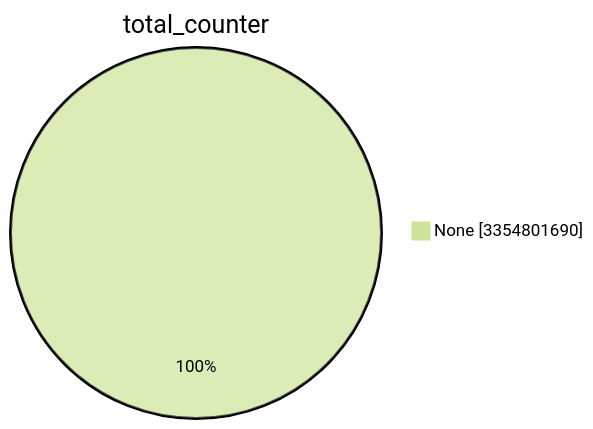
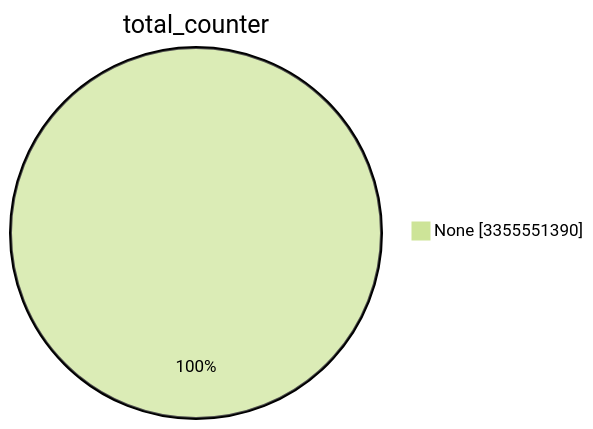
The first of 15 diagrams in TOTAL/README.md (christiankrug/ctmonitor_visualization), drawn with Mermaid (forest theme) before and after one commit. The commit also changed other lines of this file, not shown here.

````diff
--- a/TOTAL/README.md
+++ b/TOTAL/README.md
@@ -1,5 +1,5 @@
 ```mermaid
 pie showData
 title total_counter
-"None" :3354801690
+"None" :3355551390
 ```
````
